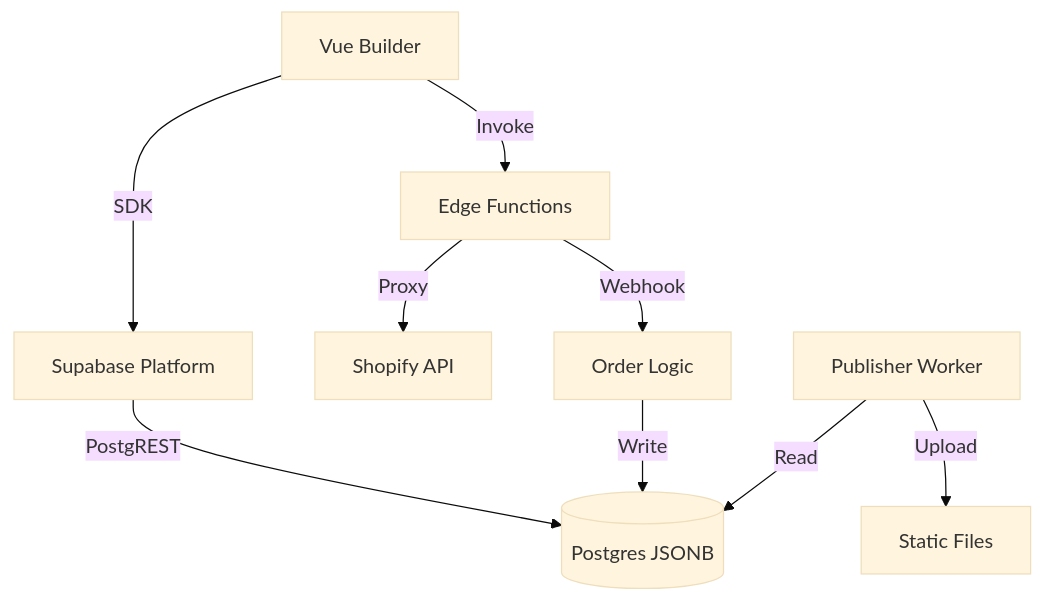
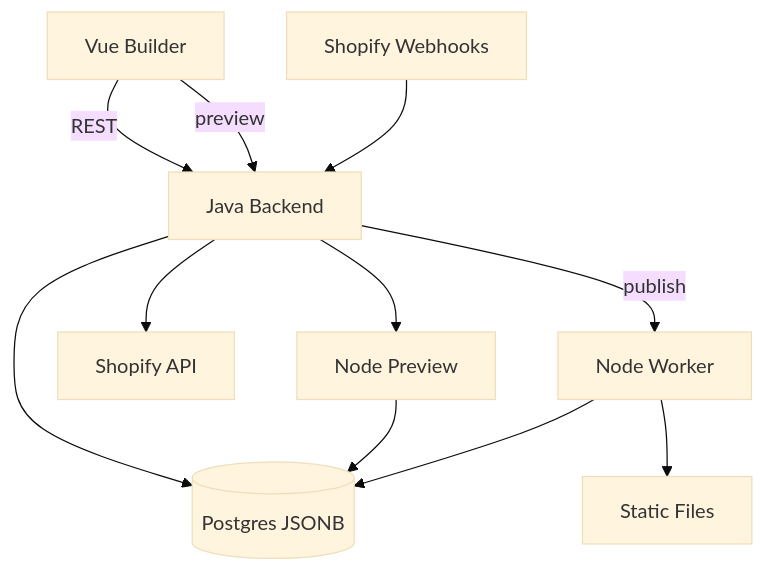
One commit to AIYAZONE/Atlas changed the second of 3 diagrams in .trae/documents/02_Technical_Architecture/07_技术架构文档.md. Above: the diagram before and after it, drawn with Mermaid (base theme). The commit also changed other lines of this file and 21 other files, not shown here.

````diff
--- a/.trae/documents/02_Technical_Architecture/07_技术架构文档.md
+++ b/.trae/documents/02_Technical_Architecture/07_技术架构文档.md
@@ -80,12 +94,15 @@
 ```mermaid
 graph TD
-  Client[Vue Builder] -->|SDK| Supabase[Supabase Platform]
-  Supabase -->|PostgREST| DB[(Postgres JSONB)]
-  Client -->|Invoke| Edge[Edge Functions]
-  Edge -->|Proxy| Shopify[Shopify API]
-  Edge -->|Webhook| Order[Order Logic]
-  Order -->|Write| DB
-  
-  Worker[Publisher Worker] -->|Read| DB
-  Worker -->|Upload| S3[Static Files]
+  Client[Vue Builder] -->|REST| Java[Java Backend]
+  Java --> DB[(Postgres JSONB)]
+  Java --> Shopify[Shopify API]
+  Webhook[Shopify Webhooks] --> Java
+
+  Client -->|preview| Java
+  Java --> Preview[Node Preview]
+  Preview --> DB
+
+  Java -->|publish| Worker[Node Worker]
+  Worker --> DB
+  Worker --> S3[Static Files]
 ```
````
